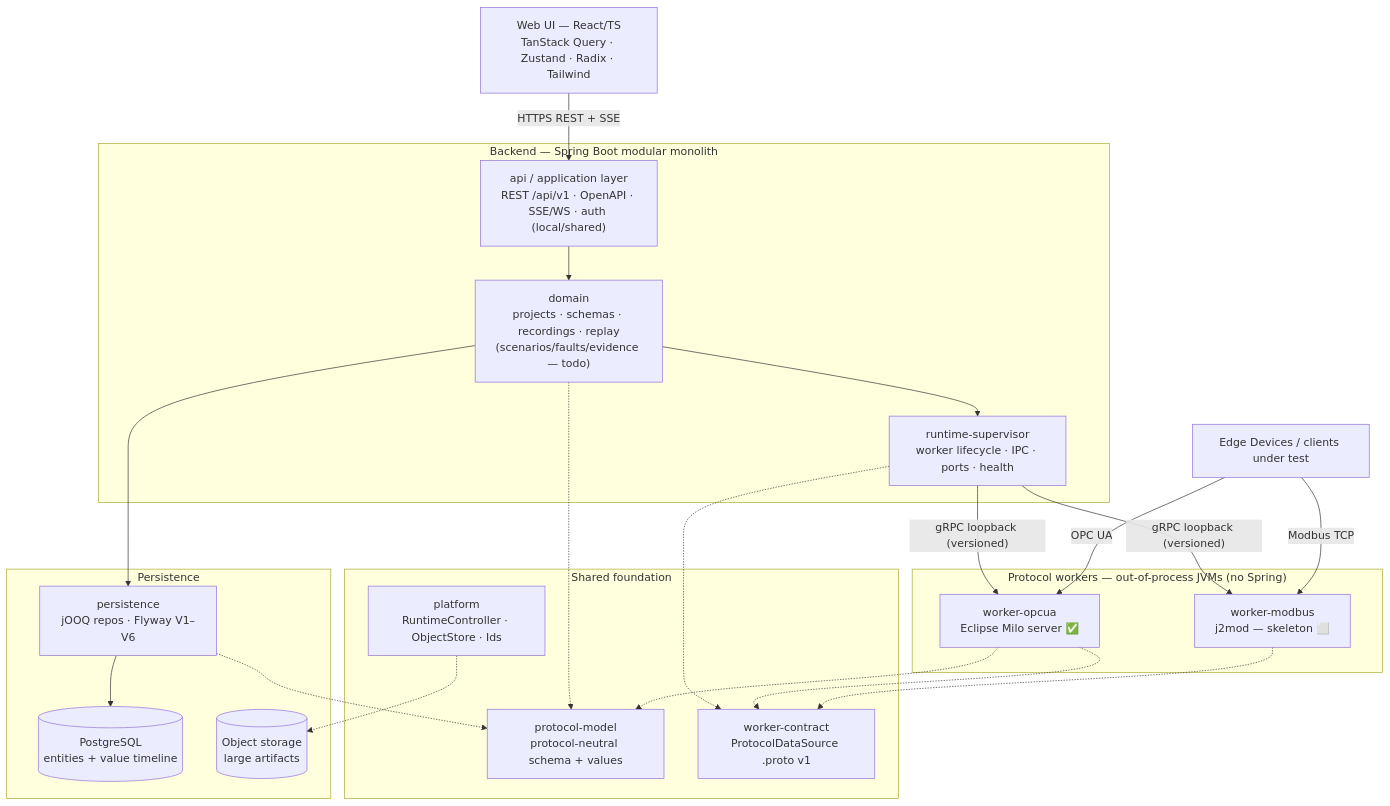
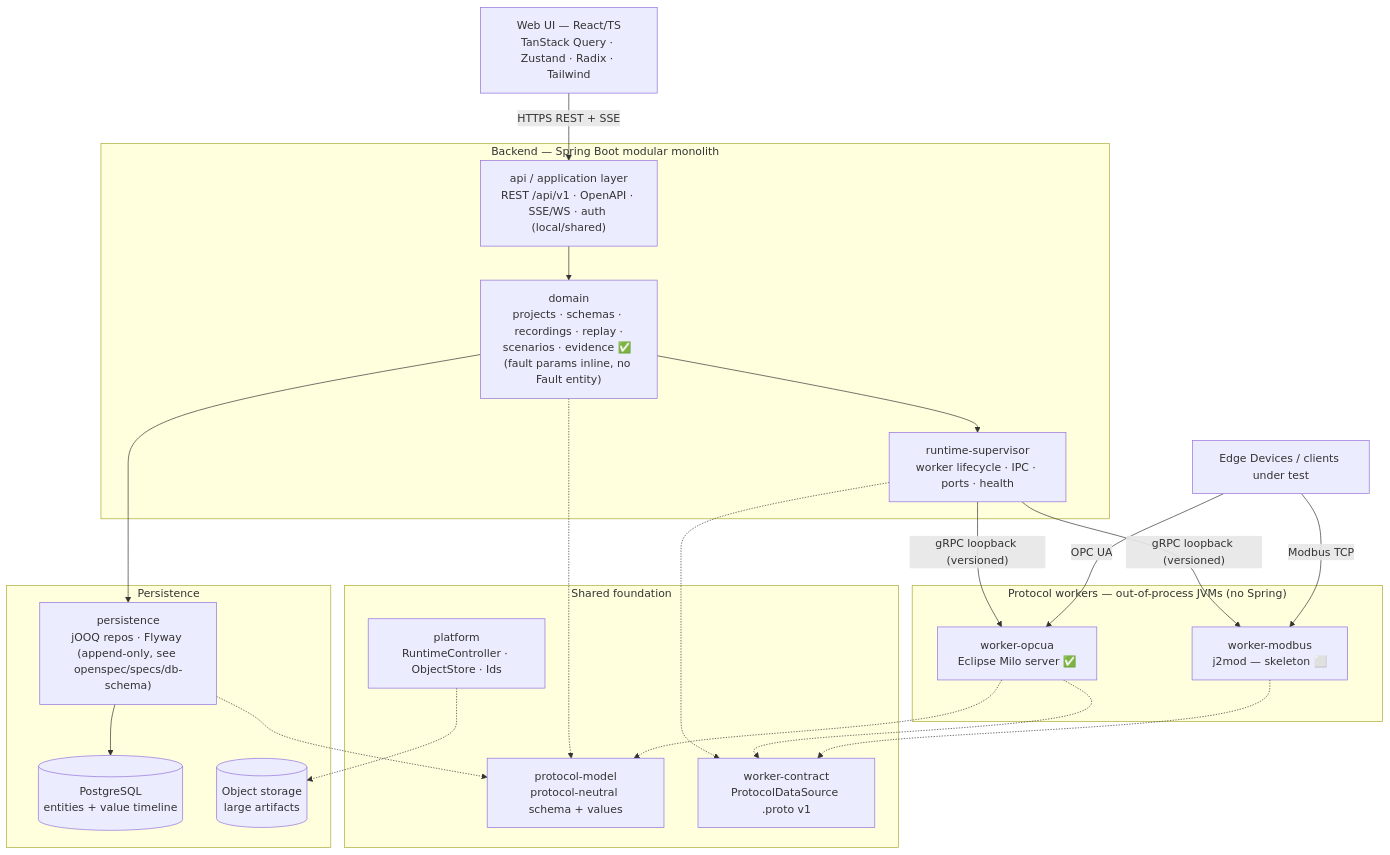
The first of 2 diagrams in ARCHITECTURE_DIAGRAM.md (AI-nclisive/iot-simulator), drawn with Mermaid before and after one commit. The commit also changed other lines of this file and 95 other files, not shown here.

````diff
--- a/ARCHITECTURE_DIAGRAM.md
+++ b/ARCHITECTURE_DIAGRAM.md
@@ -14,46 +14,46 @@
 ```mermaid
 flowchart TB
     EDGE["Edge Devices / clients under test"]
     UI["Web UI — React/TS<br/>TanStack Query · Zustand · Radix · Tailwind"]
 
     subgraph BE["Backend — Spring Boot modular monolith"]
         API["api / application layer<br/>REST /api/v1 · OpenAPI · SSE/WS · auth (local/shared)"]
-        DOMAIN["domain<br/>projects · schemas · recordings · replay<br/>(scenarios/faults/evidence — todo)"]
+        DOMAIN["domain<br/>projects · schemas · recordings · replay ·<br/>scenarios · evidence ✅ (fault params inline, no Fault entity)"]
         SUP["runtime-supervisor<br/>worker lifecycle · IPC · ports · health"]
     end
 
     subgraph WORKERS["Protocol workers — out-of-process JVMs (no Spring)"]
         OPCUA["worker-opcua<br/>Eclipse Milo server ✅"]
         MODBUS["worker-modbus<br/>j2mod — skeleton ⬜"]
     end
 
     subgraph FOUND["Shared foundation"]
         PMODEL["protocol-model<br/>protocol-neutral schema + values"]
         WCONTRACT["worker-contract<br/>ProtocolDataSource .proto v1"]
         PLATFORM["platform<br/>RuntimeController · ObjectStore · Ids"]
     end
 
     subgraph DATA["Persistence"]
-        PERSIST["persistence<br/>jOOQ repos · Flyway V1–V6"]
+        PERSIST["persistence<br/>jOOQ repos · Flyway (append-only, see openspec/specs/db-schema)"]
         PG[("PostgreSQL<br/>entities + value timeline")]
         OBJ[("Object storage<br/>large artifacts")]
     end
 
     UI -->|"HTTPS REST + SSE"| API
     API --> DOMAIN
     DOMAIN --> SUP
     DOMAIN --> PERSIST
     SUP -->|"gRPC loopback (versioned)"| OPCUA
     SUP -->|"gRPC loopback (versioned)"| MODBUS
     EDGE -->|"OPC UA"| OPCUA
     EDGE -->|"Modbus TCP"| MODBUS
 
     DOMAIN -.-> PMODEL
     SUP -.-> WCONTRACT
     OPCUA -.-> WCONTRACT
     MODBUS -.-> WCONTRACT
     OPCUA -.-> PMODEL
     PERSIST --> PG
     PLATFORM -.-> OBJ
     PERSIST -.-> PMODEL
 ```
````
